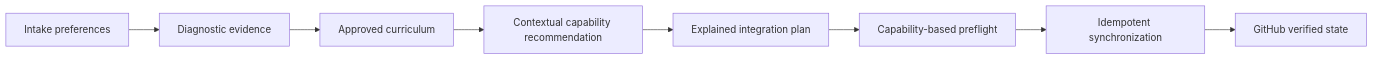
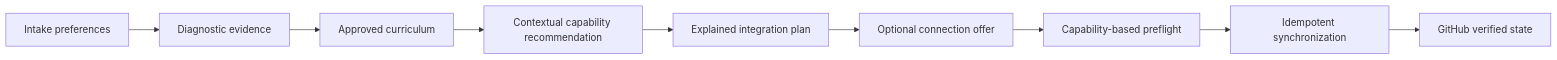
One commit to diegomoura/open-study-path changed the first of 2 diagrams in docs/integration-capabilities.md. Above: the diagram before and after it, drawn with Mermaid. The commit also changed other lines of this file, not shown here.

Commit message:
docs: explain optional app connection offers

````diff
--- a/docs/integration-capabilities.md
+++ b/docs/integration-capabilities.md
@@ -5,10 +5,11 @@
 ```mermaid
 flowchart LR
     I[Intake preferences] --> D[Diagnostic evidence]
     D --> C[Approved curriculum]
     C --> R[Contextual capability recommendation]
     R --> P[Explained integration plan]
-    P --> F[Capability-based preflight]
+    P --> O[Optional connection offer]
+    O --> F[Capability-based preflight]
     F --> S[Idempotent synchronization]
     S --> G[GitHub verified state]
 ```
````
